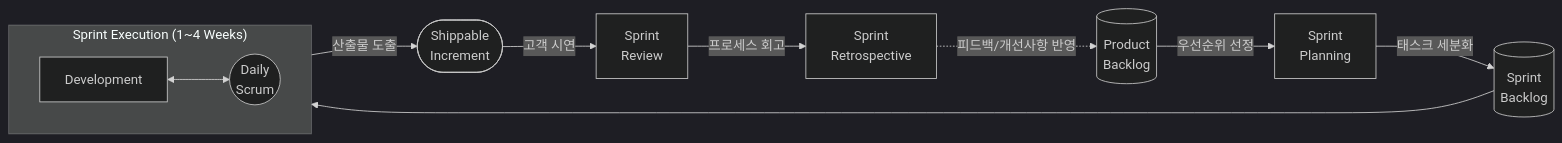
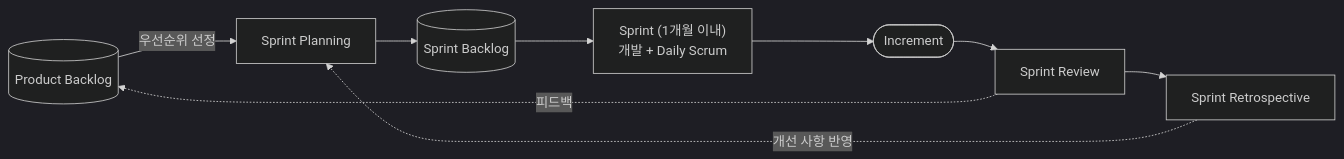
One commit to supremethumb/supremethumb.github.io changed the diagram in content/01_IT Tech/Agile.md. Above: the diagram before and after it, drawn with Mermaid (dark theme). The commit also changed other lines of this file and 1087 other files, not shown here.

````diff
--- a/content/01_IT Tech/Agile.md
+++ b/content/01_IT Tech/Agile.md
@@ -23,19 +34,11 @@
 ```mermaid
 flowchart LR
-    PB[(Product\nBacklog)] -- 우선순위 선정 --> SP[Sprint\nPlanning]
-    SP -- 태스크 세분화 --> SB[(Sprint\nBacklog)]
-    
-    subgraph Sprint_Cycle ["Sprint Execution (1~4 Weeks)"]
-        direction LR
-        DEV[Development] <--> DS((Daily\nScrum))
-    end
-    
-    SB --> Sprint_Cycle
-    Sprint_Cycle -- 산출물 도출 --> INC([Shippable\nIncrement])
-    
-    INC -- 고객 시연 --> SR[Sprint\nReview]
-    SR -- 프로세스 회고 --> SRET[Sprint\nRetrospective]
-    
-    SRET -. 피드백/개선사항 반영 .-> PB
-
+    PB[("Product Backlog")] -- "우선순위 선정" --> SP["Sprint Planning"]
+    SP --> SB[("Sprint Backlog")]
+    SB --> SPR["Sprint (1개월 이내)<br/>개발 + Daily Scrum"]
+    SPR --> INC(["Increment"])
+    INC --> SR["Sprint Review"]
+    SR --> RET["Sprint Retrospective"]
+    RET -. "개선 사항 반영" .-> SP
+    SR -. "피드백" .-> PB
 ```
````
